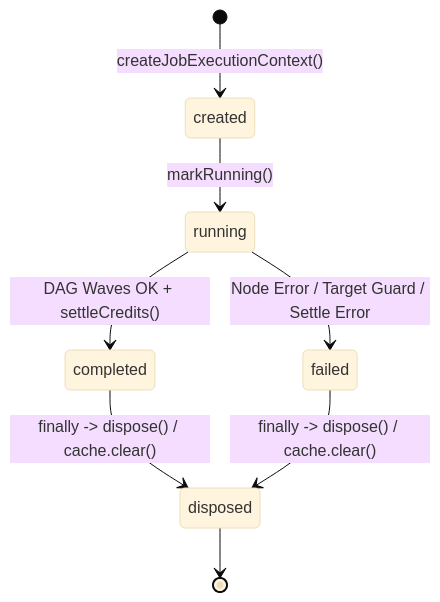
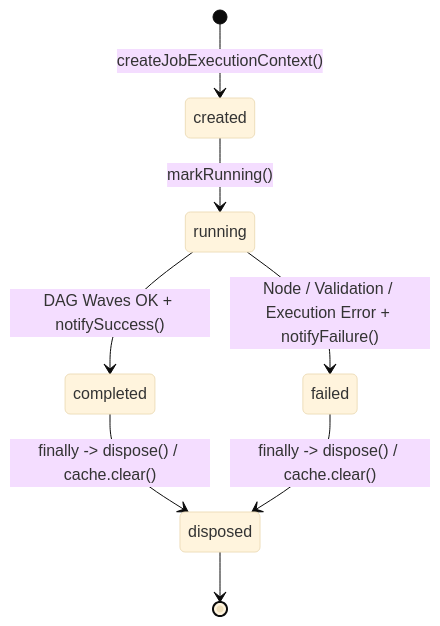
One commit to jihedchaabani4-cloud/openArtServerAPI changed the third of 3 diagrams in docs/architecture/GENERATION_SYSTEM_ARCHITECTURE.md. Above: the diagram before and after it, drawn with Mermaid (base theme). The commit also changed other lines of this file and 106 other files, not shown here.

````diff
--- a/docs/architecture/GENERATION_SYSTEM_ARCHITECTURE.md
+++ b/docs/architecture/GENERATION_SYSTEM_ARCHITECTURE.md
@@ -203,10 +175,10 @@
 ```mermaid
 stateDiagram-v2
     [*] --> created: createJobExecutionContext()
     created --> running: markRunning()
-    running --> completed: DAG Waves OK + settleCredits()
-    running --> failed: Node Error / Target Guard / Settle Error
+    running --> completed: DAG Waves OK + notifySuccess()
+    running --> failed: Node / Validation / Execution Error + notifyFailure()
     completed --> disposed: finally -> dispose() / cache.clear()
     failed --> disposed: finally -> dispose() / cache.clear()
     disposed --> [*]
 ```
````
